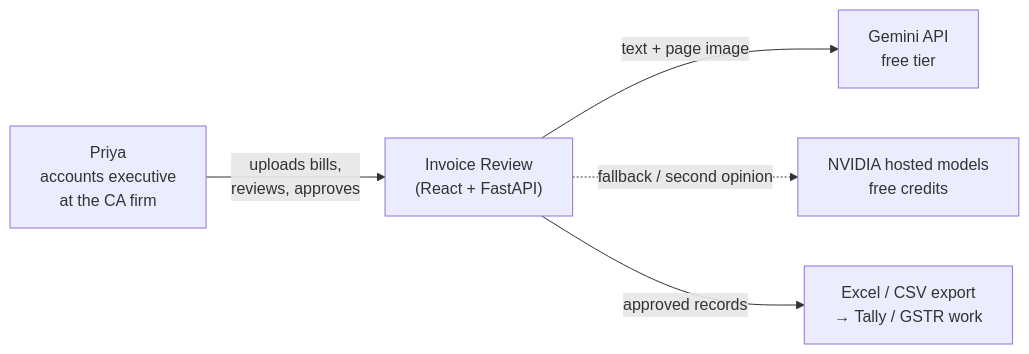
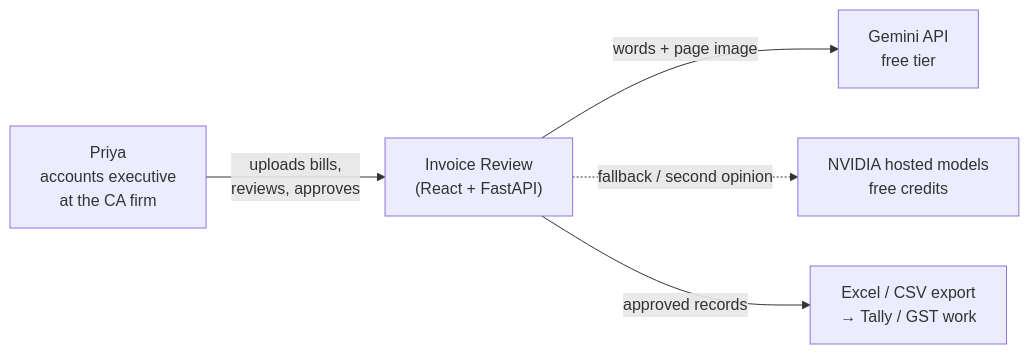
The first of 7 diagrams in docs/architecture.md (indiragothi/invoice-review), drawn with Mermaid before and after one commit. The commit also changed other lines of this file and 14 other files, not shown here.

````diff
--- a/docs/architecture.md
+++ b/docs/architecture.md
@@ -11,13 +13,13 @@
 ```mermaid
 flowchart LR
     priya["Priya<br/>accounts executive<br/>at the CA firm"]
     app["Invoice Review<br/>(React + FastAPI)"]
     gemini["Gemini API<br/>free tier"]
     nvidia["NVIDIA hosted models<br/>free credits"]
-    excel["Excel / CSV export<br/>→ Tally / GSTR work"]
+    excel["Excel / CSV export<br/>→ Tally / GST work"]
 
     priya -- "uploads bills,<br/>reviews, approves" --> app
-    app -- "text + page image" --> gemini
+    app -- "words + page image" --> gemini
     app -. "fallback / second opinion" .-> nvidia
     app -- "approved records" --> excel
 ```
````
